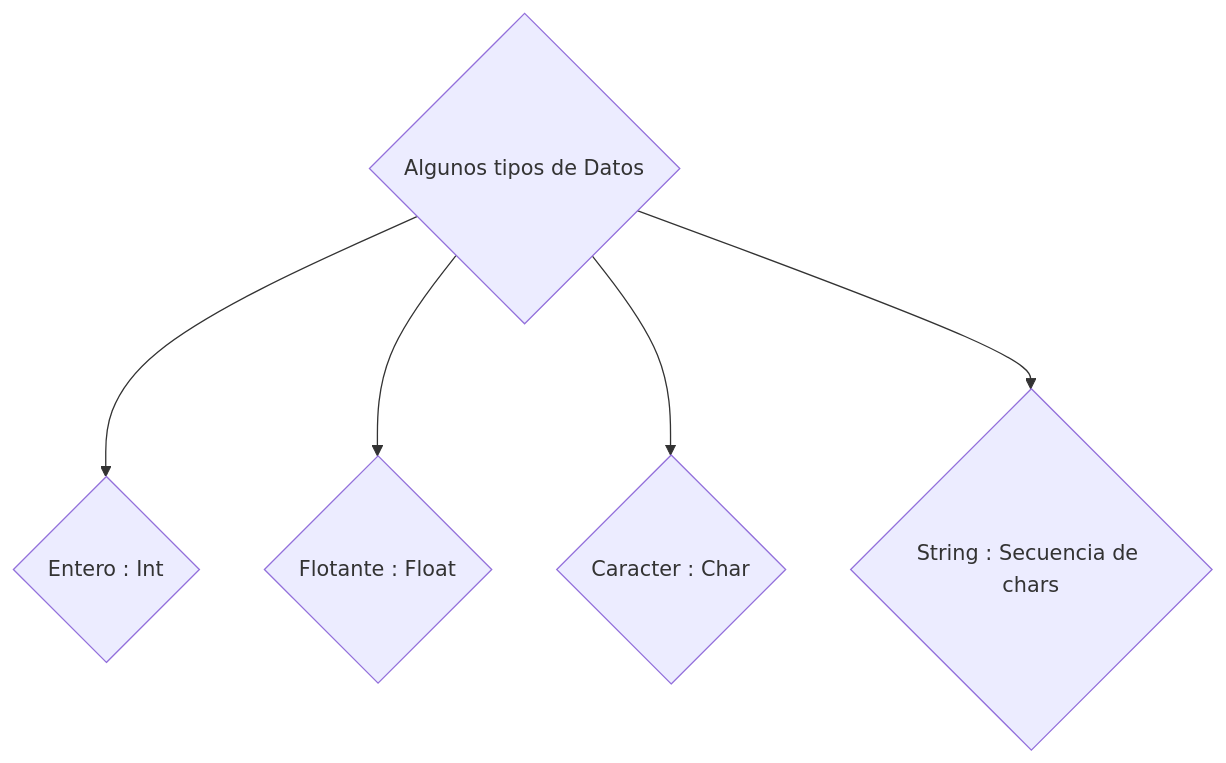
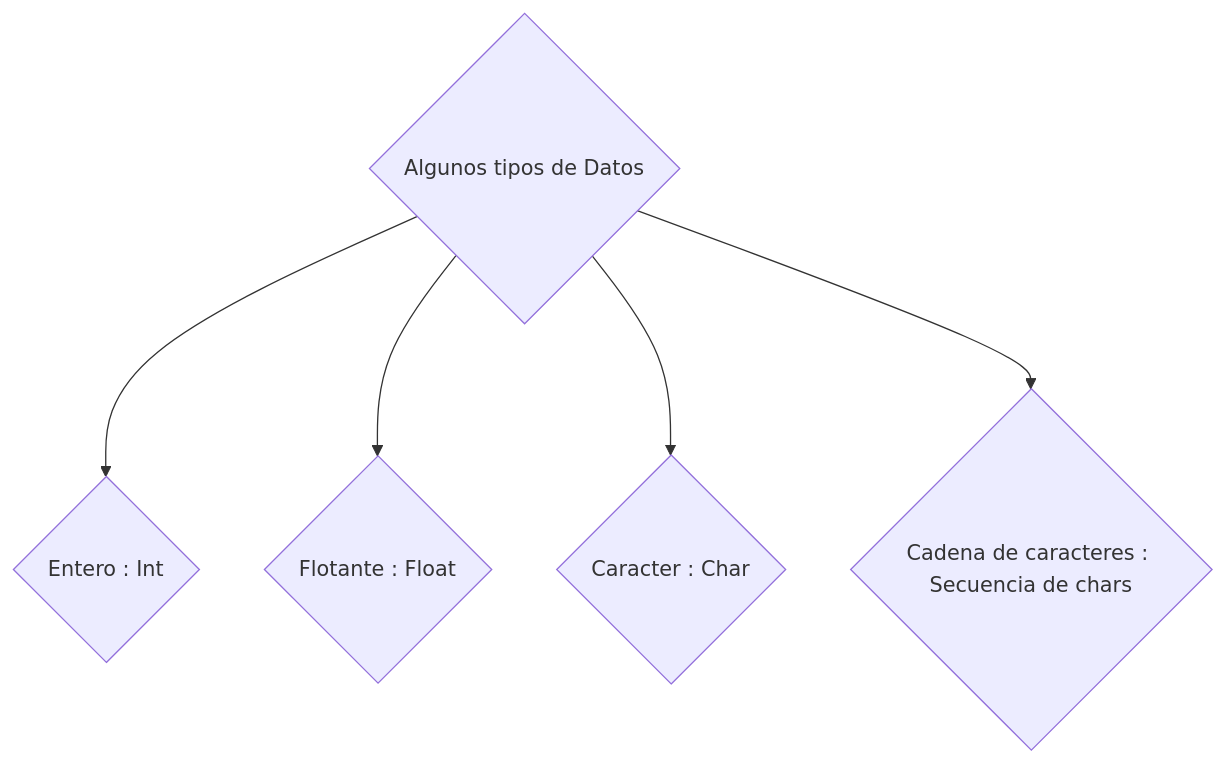
The diagram in Material de apoyo/Unidad 1/1.- Tipos de datos/README.md (Matias3am/Programacion_en_C_Cpp), drawn with Mermaid before and after one commit.

````diff
--- a/Material de apoyo/Unidad 1/1.- Tipos de datos/README.md
+++ b/Material de apoyo/Unidad 1/1.- Tipos de datos/README.md
@@ -5,7 +5,7 @@
 ```mermaid
 graph TD;
     A{Algunos tipos de Datos}-->B{Entero : Int};
     A{Algunos tipos de Datos}-->C{Flotante : Float};
     A{Algunos tipos de Datos}-->D{Caracter : Char};
-    A{Algunos tipos de Datos}-->E{String : Secuencia de chars};
+    A{Algunos tipos de Datos}-->E{Cadena de caracteres : Secuencia de chars};
 ```
````
